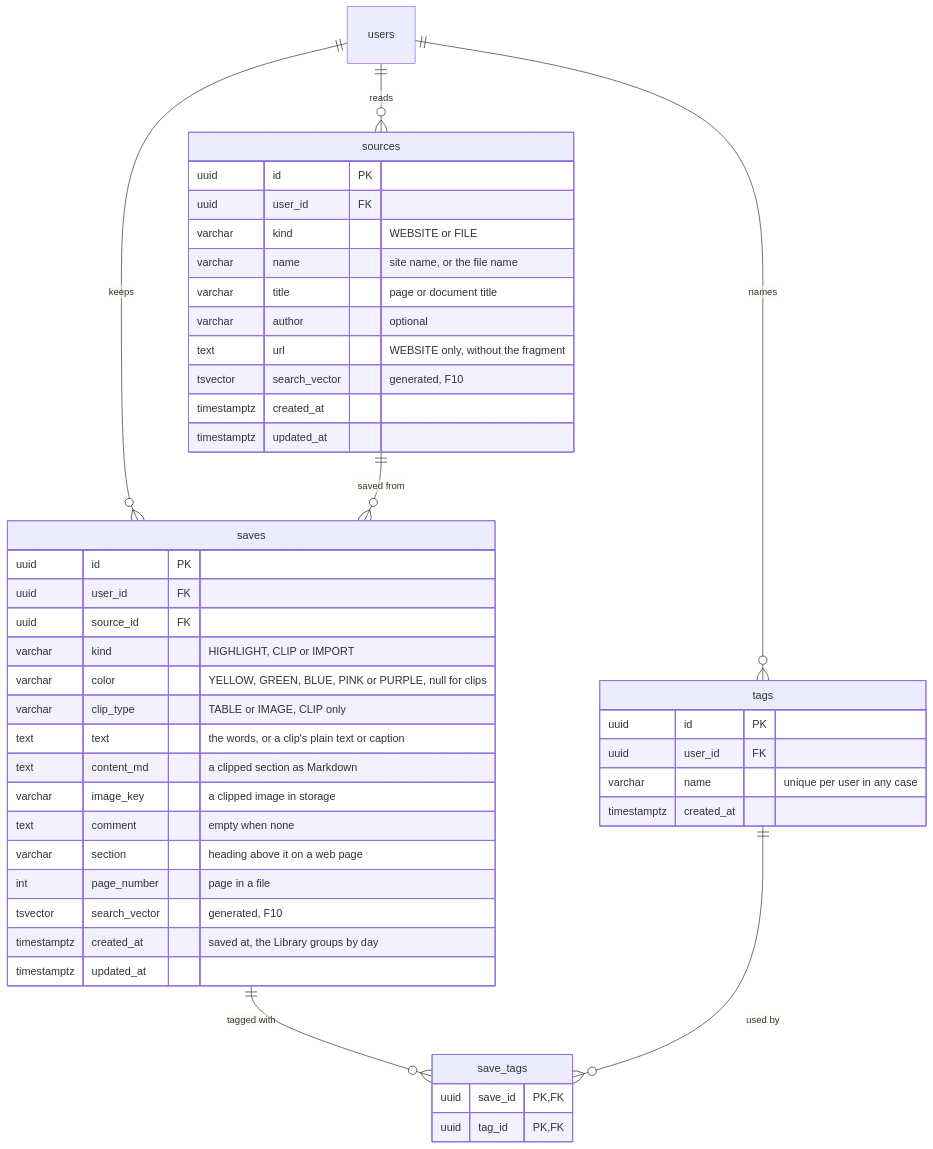
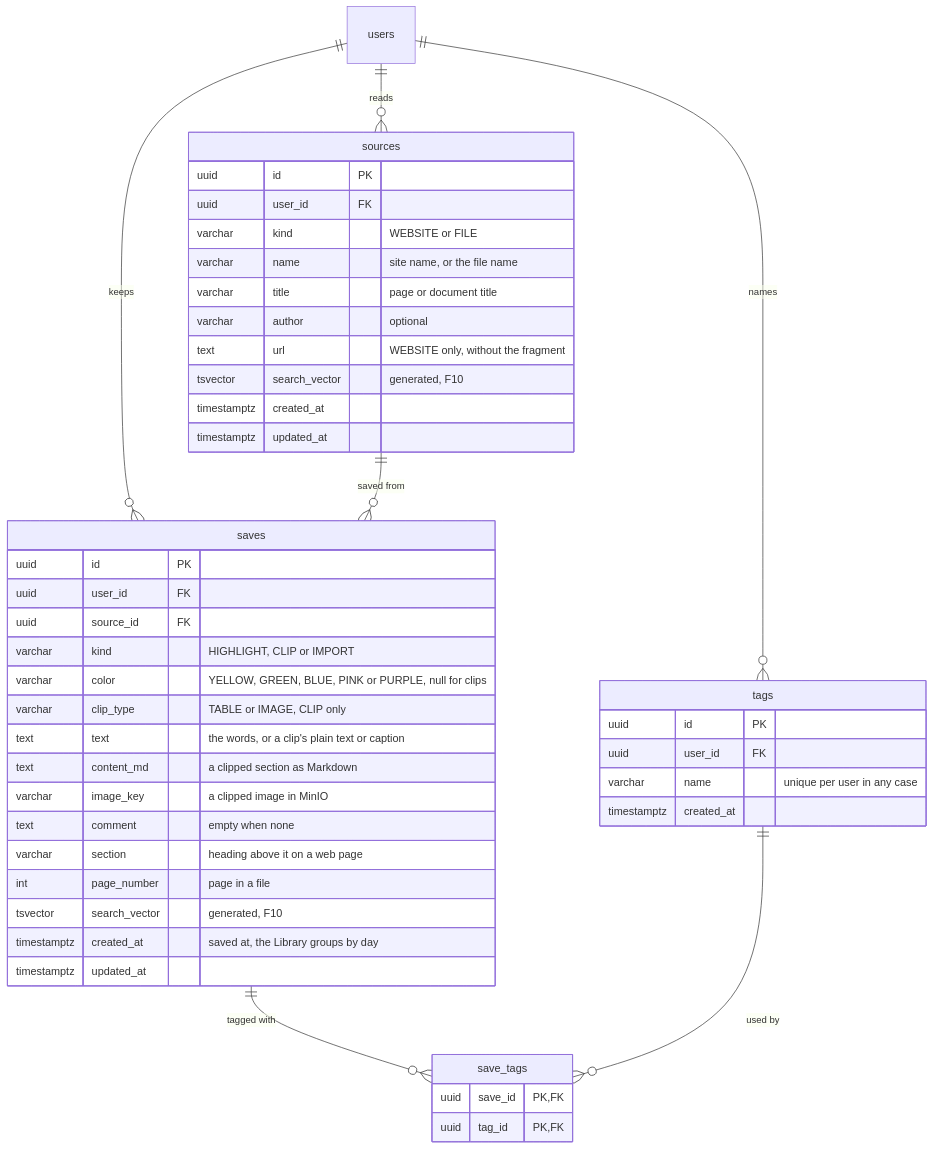
The third of 8 diagrams in docs/database.md (salimsalimzade/ari-api), drawn with Mermaid before and after one commit. The commit also changed other lines of this file and 181 other files, not shown here.

````diff
--- a/docs/database.md
+++ b/docs/database.md
@@ -117,48 +119,48 @@
 ```mermaid
 erDiagram
   users ||--o{ sources : reads
   users ||--o{ saves : keeps
   users ||--o{ tags : names
   sources ||--o{ saves : "saved from"
   saves ||--o{ save_tags : "tagged with"
   tags ||--o{ save_tags : "used by"
   sources {
     uuid id PK
     uuid user_id FK
     varchar kind "WEBSITE or FILE"
     varchar name "site name, or the file name"
     varchar title "page or document title"
     varchar author "optional"
     text url "WEBSITE only, without the fragment"
     tsvector search_vector "generated, F10"
     timestamptz created_at
     timestamptz updated_at
   }
   saves {
     uuid id PK
     uuid user_id FK
     uuid source_id FK
     varchar kind "HIGHLIGHT, CLIP or IMPORT"
     varchar color "YELLOW, GREEN, BLUE, PINK or PURPLE, null for clips"
     varchar clip_type "TABLE or IMAGE, CLIP only"
     text text "the words, or a clip's plain text or caption"
     text content_md "a clipped section as Markdown"
-    varchar image_key "a clipped image in storage"
+    varchar image_key "a clipped image in MinIO"
     text comment "empty when none"
     varchar section "heading above it on a web page"
     int page_number "page in a file"
     tsvector search_vector "generated, F10"
     timestamptz created_at "saved at, the Library groups by day"
     timestamptz updated_at
   }
   tags {
     uuid id PK
     uuid user_id FK
     varchar name "unique per user in any case"
     timestamptz created_at
   }
   save_tags {
     uuid save_id PK, FK
     uuid tag_id PK, FK
   }
 ```
````
